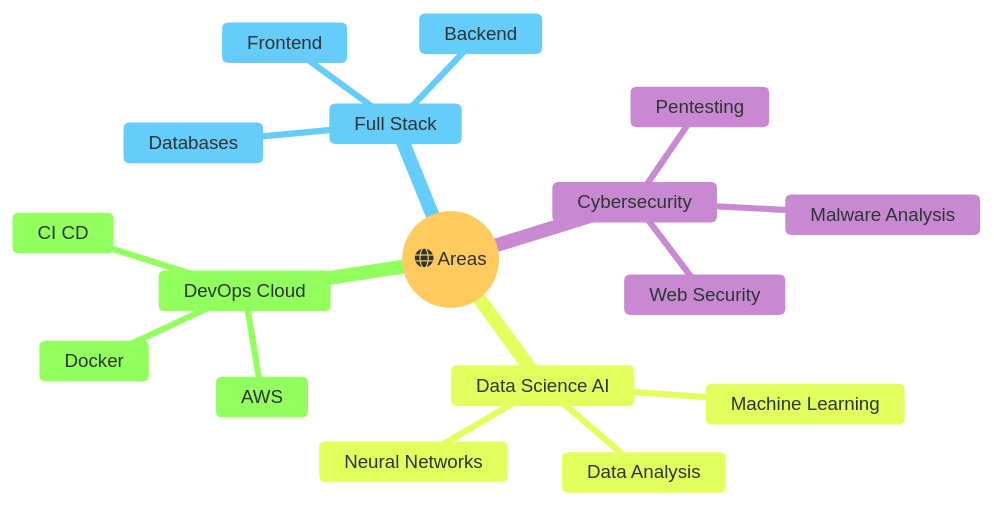
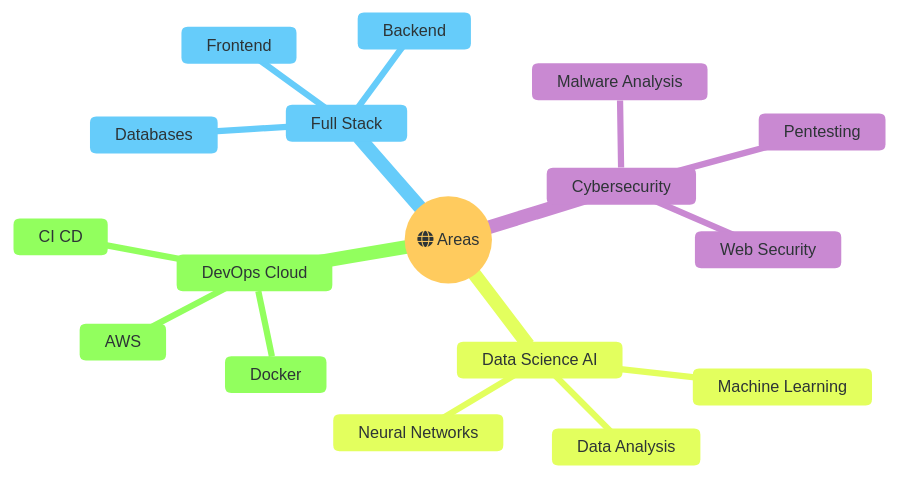
One commit to devsebastian44/Devsebastian44 changed the diagram in README.md. Above: the diagram before and after it, drawn with Mermaid.

Commit message:
Version 1

````diff
--- a/README.md
+++ b/README.md
@@ -75,38 +75,38 @@
 ```mermaid
 mindmap
   root((fa:fa-globe Areas))
     Full Stack
       ::icon(fa fa-code)
       Frontend
       Backend
       Databases
     Cybersecurity
       ::icon(fa fa-shield-halved)
       Pentesting
       Malware Analysis
       Web Security
     Data Science AI
       ::icon(fa fa-brain)
       Machine Learning
       Data Analysis
       Neural Networks
     DevOps Cloud
       ::icon(fa fa-cloud)
       Docker
       AWS
       CI CD
   %%{init: {
     'theme': 'base',
     'themeVariables': {
       'primaryColor': '#fff4dd',
       'primaryTextColor': '#2d3436',
       'primaryBorderColor': '#2d3436',
       'lineColor': '#636e72',
       'secondaryColor': '#e1f5fe',
       'tertiaryColor': '#f3e5f5',
       'quaternaryColor': '#e8f5e9',
-      'fontSize': '15px',
+      'fontSize': '13px',
       'fontFamily': 'Comic Sans MS, cursive'
     }
   }}%%
 ```
````
